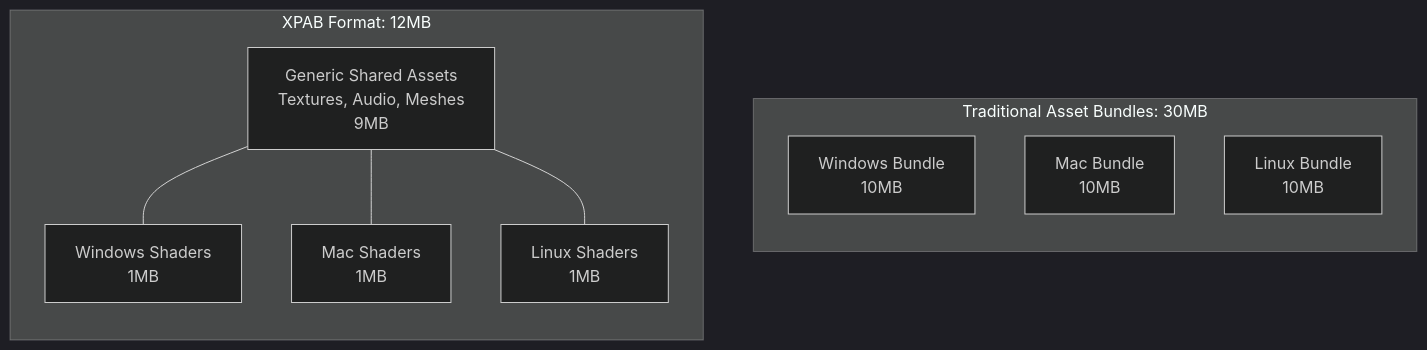
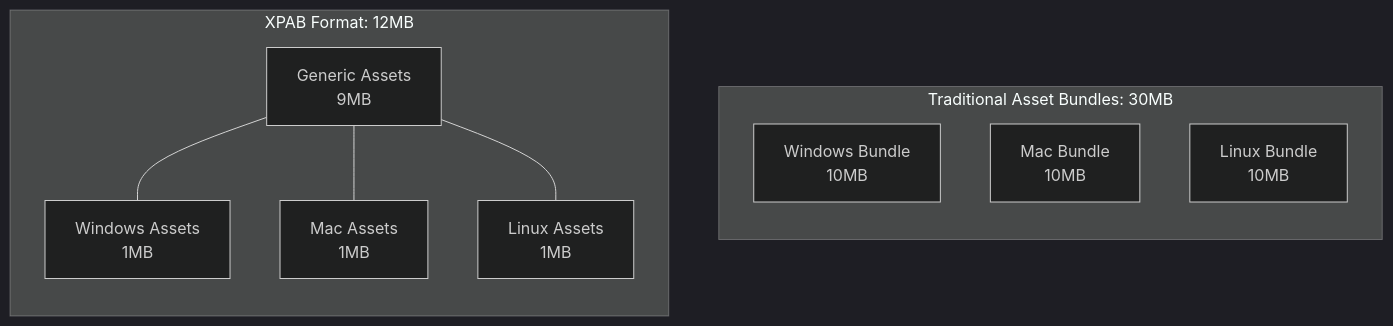
One commit to AlchlcDvl/XPAB changed the diagram in README.md. Above: the diagram before and after it, drawn with Mermaid (dark theme). The commit also changed other lines of this file and 14 other files, not shown here.

````diff
--- a/README.md
+++ b/README.md
@@ -18,21 +22,21 @@
 ```mermaid
 flowchart TD
     subgraph Traditional [Traditional Asset Bundles: 30MB]
         direction TB
         W[Windows Bundle\n10MB]
         M[Mac Bundle\n10MB]
         L[Linux Bundle\n10MB]
     end
 
     subgraph XPAB [XPAB Format: 12MB]
         direction TB
-        Shared[Generic Shared Assets\nTextures, Audio, Meshes\n9MB]
-        WinShaders[Windows Shaders\n1MB]
-        MacShaders[Mac Shaders\n1MB]
-        LinShaders[Linux Shaders\n1MB]
+        SharedAssets[Generic Assets\n9MB]
+        WinAssets[Windows Assets\n1MB]
+        MacAssets[Mac Assets\n1MB]
+        LinAssets[Linux Assets\n1MB]
 
-        Shared --- WinShaders
-        Shared --- MacShaders
-        Shared --- LinShaders
+        SharedAssets --- WinAssets
+        SharedAssets --- MacAssets
+        SharedAssets --- LinAssets
     end
 ```
````
